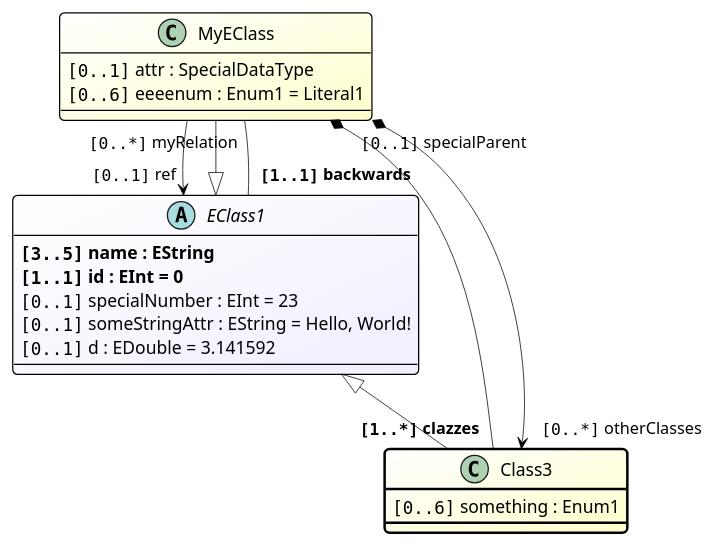
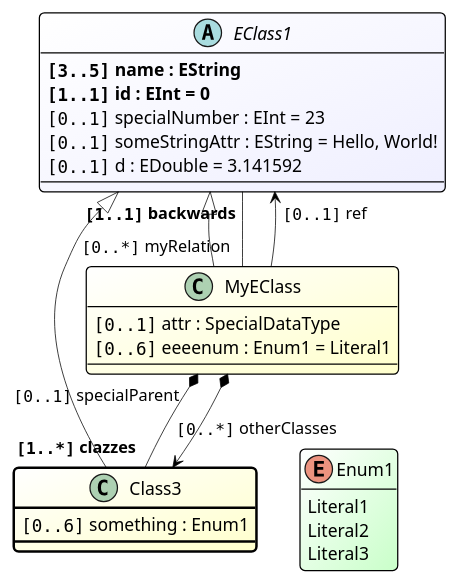
Before and after one commit to altran-mde/ecore_doc: the fourth of 10 diagrams in code/com.altran.general.emf.ecoredoc.standalone/it/testDiagram/expected.adoc, drawn with PlantUML. The commit also changed other lines of this file and 28 other files, not shown here.

Commit message:
Resolve "Provide extension to Eclipse PlantUML plugin to interactively render ecore and xcore diagrams from their editors"

```diff
--- a/code/com.altran.general.emf.ecoredoc.standalone/it/testDiagram/expected.adoc
+++ b/code/com.altran.general.emf.ecoredoc.standalone/it/testDiagram/expected.adoc
@@ -228,42 +228,49 @@
 [plantuml, ./EPackage1_Class3, svg]
 ----
 skinparam Arrow {
 	Color Black
 	Thickness 0.6
 }
 skinparam Class {
 	BackgroundColor <<E>> #white/technology
 	BorderColor Black
 	BorderThickness 1
 }
 skinparam Stereotype {
 	ABackgroundColor motivation
 	CBackgroundColor business
 	EBackgroundColor technology
 	IBackgroundColor motivation
 }
 skinparam RoundCorner 8
 
 class Class3 #white/business ##[bold]black
 abstract EClass1 #white/motivation
 class MyEClass #white/business
+enum Enum1 #white/technology
+hide Enum1 methods
 
+Enum1 : Literal1
+Enum1 : Literal2
+Enum1 : Literal3
 
 Class3 : <font:monospaced>[0..6]</font> something : Enum1
+Class3 -[hidden] Enum1
 EClass1 : **<font:monospaced>[3..5]</font> name : EString**
 EClass1 : **<font:monospaced>[1..1]</font> id : EInt = 0**
 EClass1 : <font:monospaced>[0..1]</font> specialNumber : EInt = 23
 EClass1 : <font:monospaced>[0..1]</font> someStringAttr : EString = Hello, World!
 EClass1 : <font:monospaced>[0..1]</font> d : EDouble = 3.141592
 MyEClass : <font:monospaced>[0..1]</font> attr : SpecialDataType
 MyEClass : <font:monospaced>[0..6]</font> eeeenum : Enum1 = Literal1
+MyEClass -[hidden] Enum1
 
 
 Class3 -up-|> EClass1
 MyEClass -up-|> EClass1
 
 Class3 "**<font:monospaced>[1..*]</font> clazzes**" -up-* "<font:monospaced>[0..1]</font> specialParent" MyEClass
 EClass1 "**<font:monospaced>[1..1]</font> backwards**" -down- "<font:monospaced>[0..*]</font> myRelation" MyEClass
-MyEClass  -down-> "<font:monospaced>[0..1]</font> ref" EClass1
+MyEClass  -up-> "<font:monospaced>[0..1]</font> ref" EClass1
 MyEClass  *-down-> "<font:monospaced>[0..*]</font> otherClasses" Class3
 ----
```
